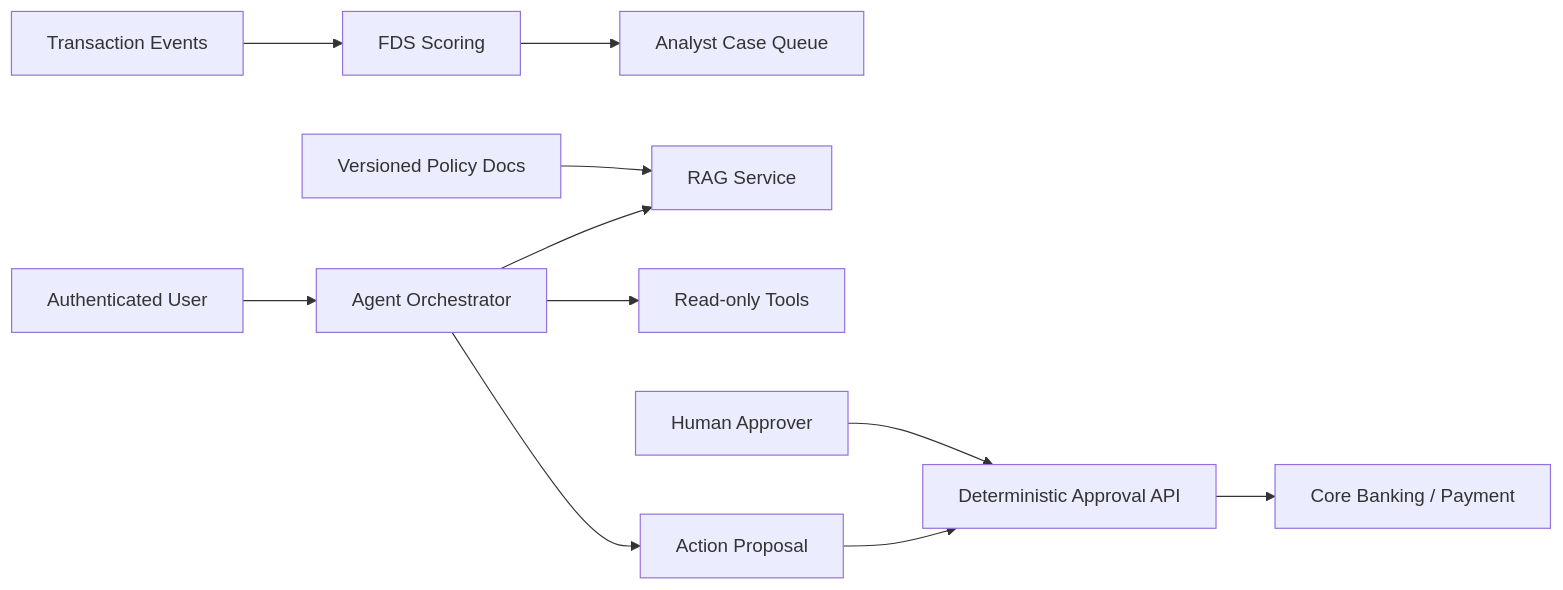
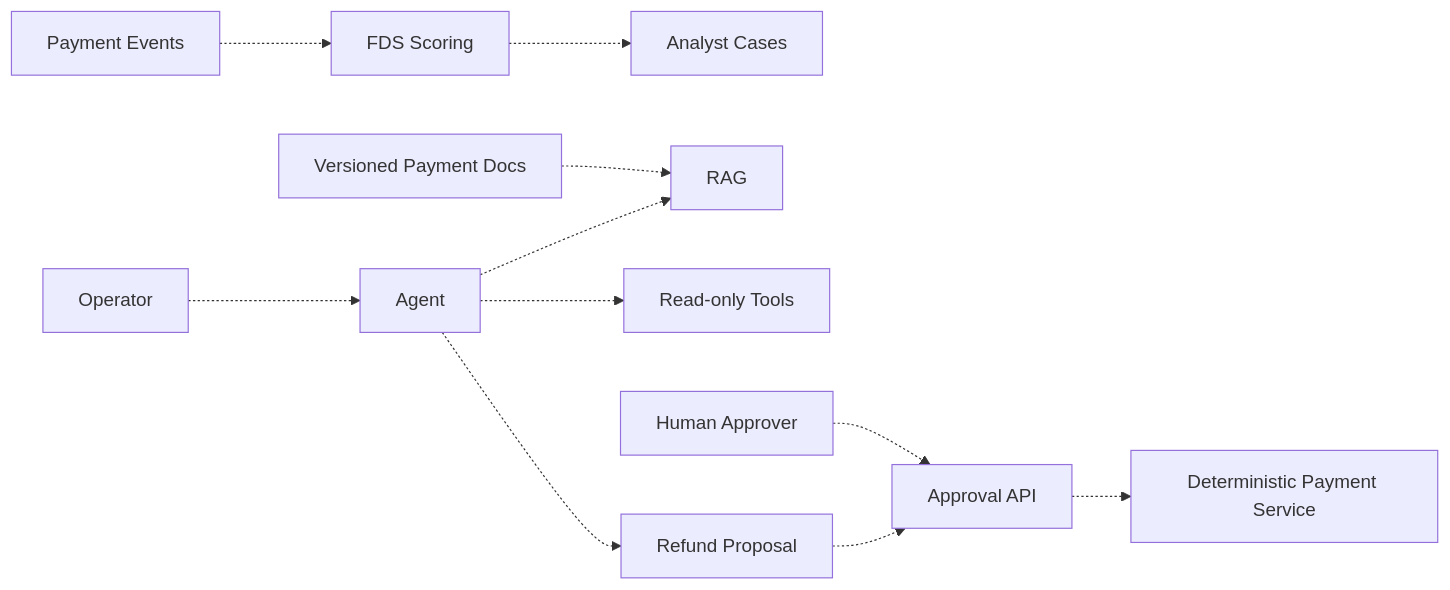
The sixth of 6 diagrams in docs/ARCHITECTURE_EVOLUTION.md (whoisyourbias/financial), drawn with Mermaid before and after one commit. The commit also changed other lines of this file and 58 other files, not shown here.

Commit message:
docs: redesign roadmap around Toss Payments contracts

````diff
--- a/docs/ARCHITECTURE_EVOLUTION.md
+++ b/docs/ARCHITECTURE_EVOLUTION.md
@@ -105,13 +106,13 @@
 ```mermaid
 flowchart LR
-  EVENTS[Transaction Events] --> FDS[FDS Scoring]
-  FDS --> CASES[Analyst Case Queue]
-  DOCS[Versioned Policy Docs] --> RAG[RAG Service]
-  USER[Authenticated User] --> AGENT[Agent Orchestrator]
-  AGENT --> RAG
-  AGENT --> READ[Read-only Tools]
-  AGENT --> PROPOSAL[Action Proposal]
-  HUMAN[Human Approver] --> APPROVAL[Deterministic Approval API]
-  PROPOSAL --> APPROVAL
-  APPROVAL --> CORE[Core Banking / Payment]
+  EVENTS[Payment Events] -.-> FDS[FDS Scoring]
+  FDS -.-> CASES[Analyst Cases]
+  DOCS[Versioned Payment Docs] -.-> RAG[RAG]
+  USER[Operator] -.-> AGENT[Agent]
+  AGENT -.-> RAG
+  AGENT -.-> READ[Read-only Tools]
+  AGENT -.-> PROPOSAL[Refund Proposal]
+  HUMAN[Human Approver] -.-> APPROVAL[Approval API]
+  PROPOSAL -.-> APPROVAL
+  APPROVAL -.-> PAYMENT[Deterministic Payment Service]
 ```
````
